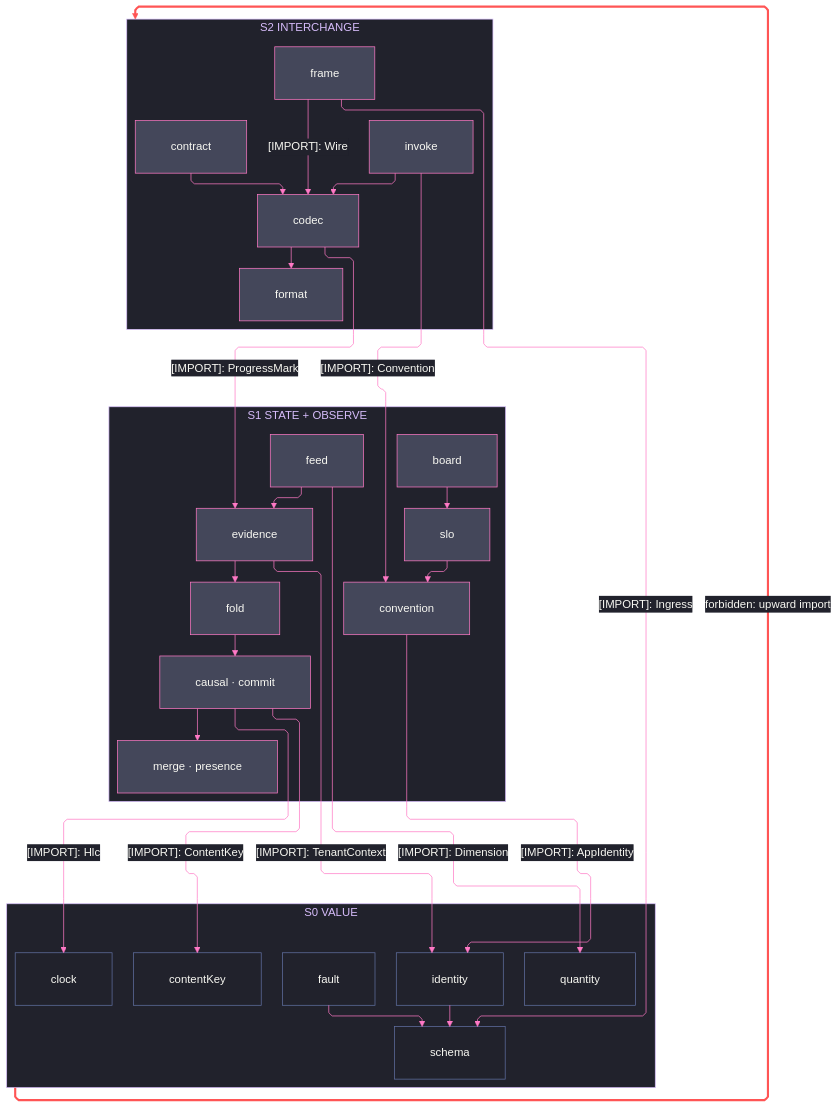
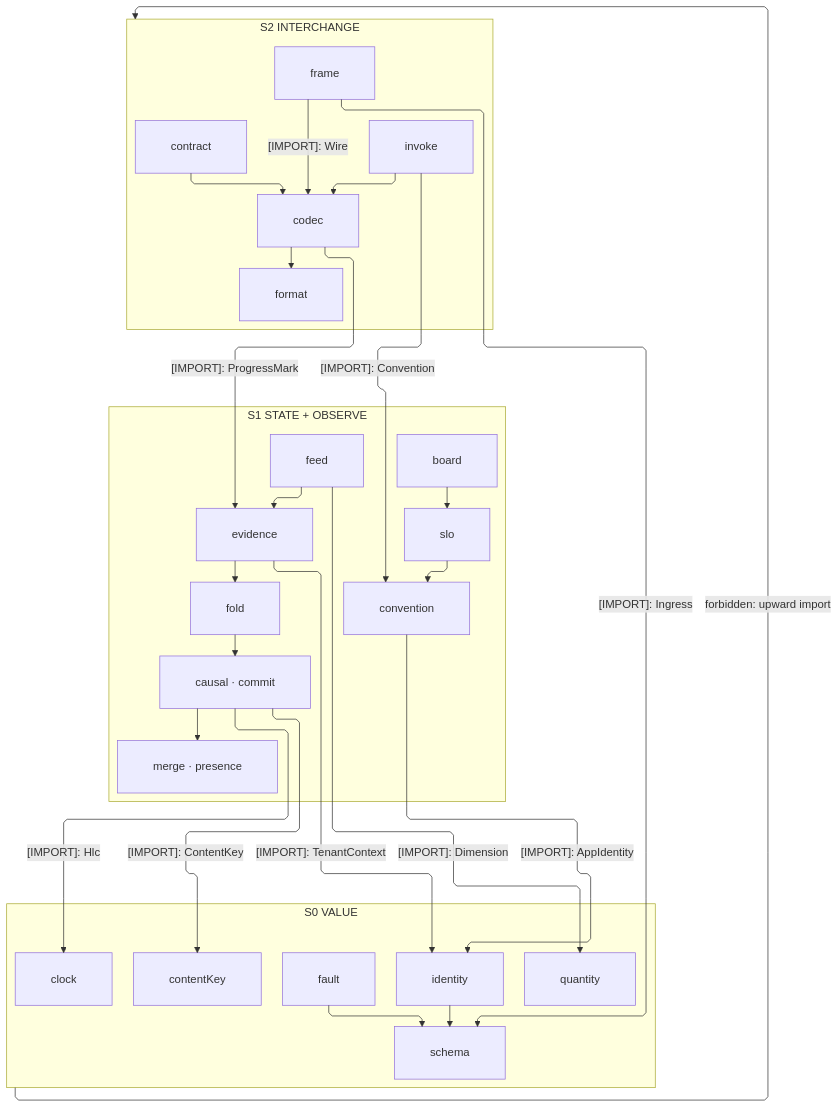
Before and after one commit to bsamiee/Rasm: the first of 3 diagrams in libs/typescript/core/ARCHITECTURE.md, drawn with Mermaid. The commit also changed other lines of this file and 460 other files, not shown here.

````diff
--- a/libs/typescript/core/ARCHITECTURE.md
+++ b/libs/typescript/core/ARCHITECTURE.md
@@ -45,29 +45,10 @@
 ```mermaid
 ---
 config:
-  theme: base
-  look: classic
   layout: elk
   flowchart:
     curve: linear
     padding: 25
-  themeVariables:
-    darkMode: true
-    fontFamily: "SF Mono, Menlo, Cascadia Mono, Segoe UI Mono, Consolas, monospace"
-    useGradient: false
-    dropShadow: "none"
-    background: "#282A36"
-    primaryColor: "#44475A"
-    primaryTextColor: "#F8F8F2"
-    primaryBorderColor: "#BD93F9"
-    lineColor: "#FF79C6"
-    textColor: "#F8F8F2"
-    clusterBkg: "#21222C"
-    clusterBorder: "#D6BCFA"
-    edgeLabelBackground: "#21222C"
-    labelBackgroundColor: "#21222C"
-    titleColor: "#D6BCFA"
-  themeCSS: ".nodeLabel{font-size:13px;font-weight:500}.edgeLabel{font-size:12px;font-weight:500}.cluster-label .nodeLabel{font-size:13.5px;font-weight:700;letter-spacing:.08em}.edge-thickness-normal{stroke-width:2px}.edge-thickness-thick{stroke-width:3px}.edge-pattern-dashed,.edge-pattern-dotted{stroke-width:1.5px;stroke-dasharray:4 6}.node rect,.node circle,.node polygon,.node path,.node .outer-path{stroke-width:1.5px;filter:none!important}.cluster rect{stroke-width:1px!important;stroke-dasharray:5 4!important;filter:none!important}.marker path{transform:scale(.8);transform-origin:5px 5px}.marker circle{transform:scale(.48);transform-origin:5px 5px}.edgeLabel rect{transform-box:fill-box;transform-origin:center;transform:scale(1.1,1.2)}"
 ---
 flowchart TB
     accTitle: Core interior import strata
@@ -119,12 +100,4 @@
     Fault i11@--> Schema
     Invoke ~~~ Board
     S0 f1@-->|"forbidden: upward import"| S2
-    classDef primary fill:#44475A,stroke:#FF79C6,color:#F8F8F2
-    classDef recessed fill:#21222C,stroke:#6272A4,color:#F8F8F2
-    classDef edgeControl stroke:#FF79C6,color:#F8F8F2
-    classDef edgeError stroke:#FF5555,stroke-width:3px,color:#F8F8F2
-    class Format,Codec,Frame,Contract,Invoke,Merge,Causal,Fold,Evidence,Feed,Convention,Slo,Board primary
-    class Schema,Clock,ContentKey,Quantity,Identity,Fault recessed
-    class e1,e2,e3,e4,e5,e6,e7,e8,e9,i1,i2,i3,i4,i5,i6,i7,i8,i9,i10,i11 edgeControl
-    class f1 edgeError
 ```
````
